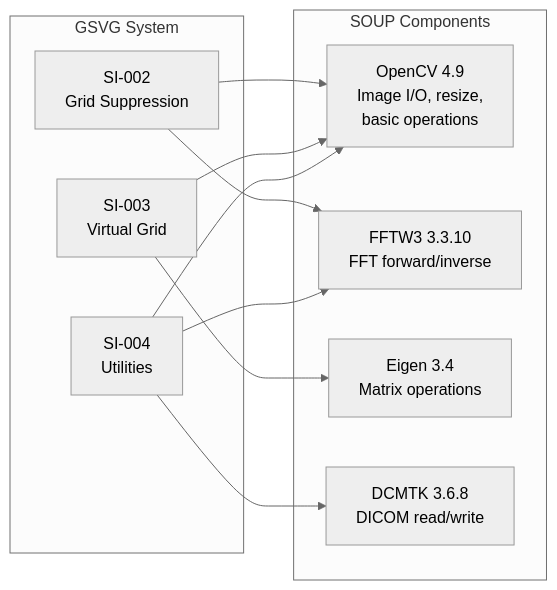
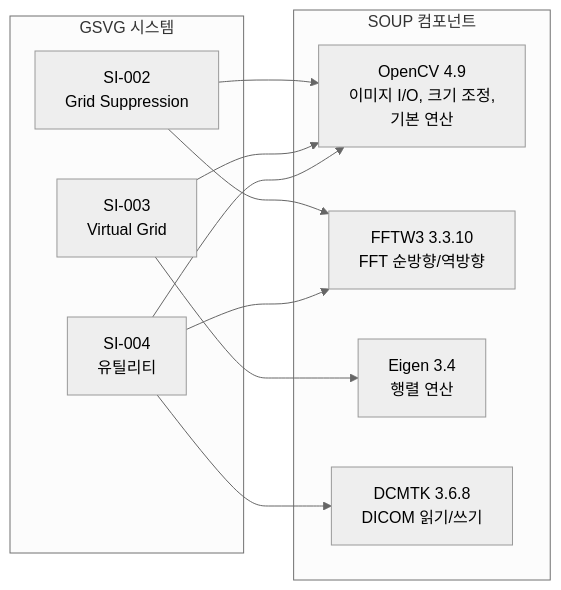
One commit to holee9/image-processing changed the eighth of 13 diagrams in docs/post-processing/gsvg/GSVG_IEC62304_ClassB_Document_Package.md. Above: the diagram before and after it, drawn with Mermaid (neutral theme). The commit also changed other lines of this file and 51 other files, not shown here.

````diff
--- a/docs/post-processing/gsvg/GSVG_IEC62304_ClassB_Document_Package.md
+++ b/docs/post-processing/gsvg/GSVG_IEC62304_ClassB_Document_Package.md
@@ -417,23 +417,23 @@
 ```mermaid
 graph LR
-    subgraph "GSVG System"
+    subgraph "GSVG 시스템"
         SI002[SI-002<br/>Grid Suppression]
         SI003[SI-003<br/>Virtual Grid]
-        SI004[SI-004<br/>Utilities]
+        SI004[SI-004<br/>유틸리티]
     end
     
-    subgraph "SOUP Components"
-        OCV[OpenCV 4.9<br/>Image I/O, resize,<br/>basic operations]
-        FFTW[FFTW3 3.3.10<br/>FFT forward/inverse]
-        EIGEN[Eigen 3.4<br/>Matrix operations]
-        DCMTK[DCMTK 3.6.8<br/>DICOM read/write]
+    subgraph "SOUP 컴포넌트"
+        OCV[OpenCV 4.9<br/>이미지 I/O, 크기 조정,<br/>기본 연산]
+        FFTW[FFTW3 3.3.10<br/>FFT 순방향/역방향]
+        EIGEN[Eigen 3.4<br/>행렬 연산]
+        DCMTK[DCMTK 3.6.8<br/>DICOM 읽기/쓰기]
     end
     
     SI002 --> FFTW
     SI002 --> OCV
     SI003 --> OCV
     SI003 --> EIGEN
     SI004 --> DCMTK
     SI004 --> OCV
     SI004 --> FFTW
 ```
````
